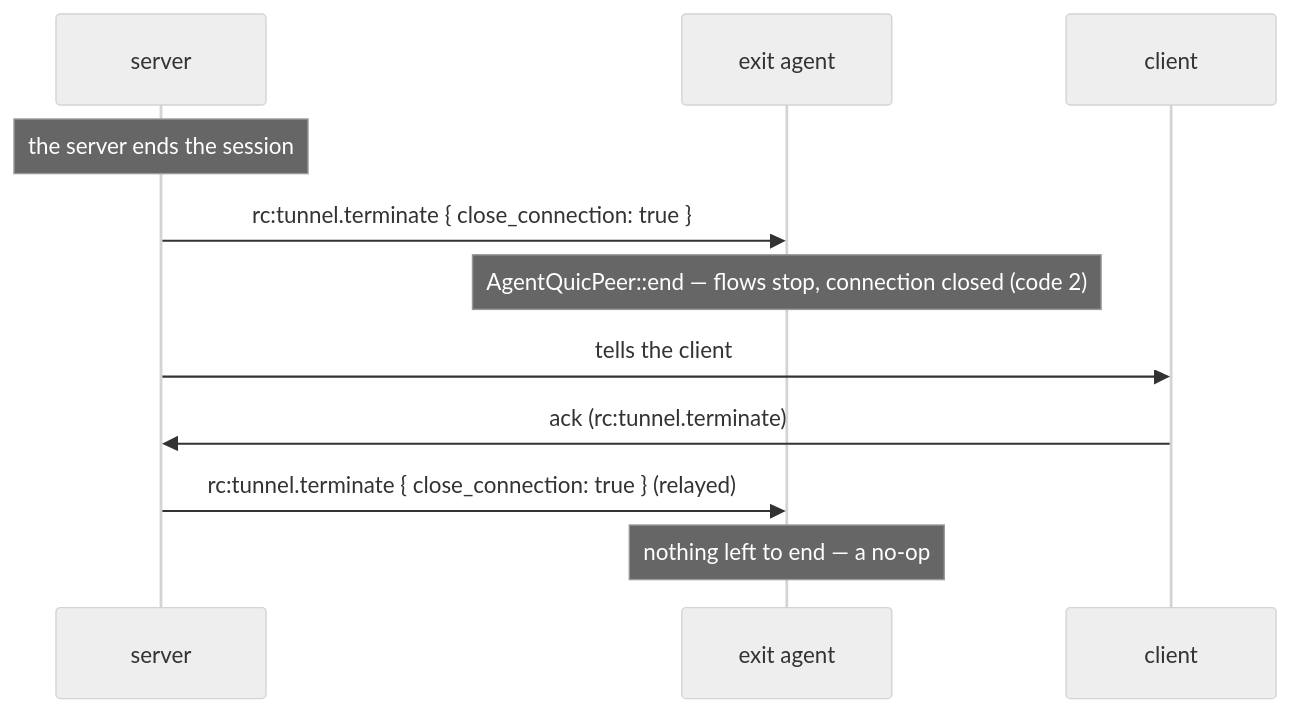
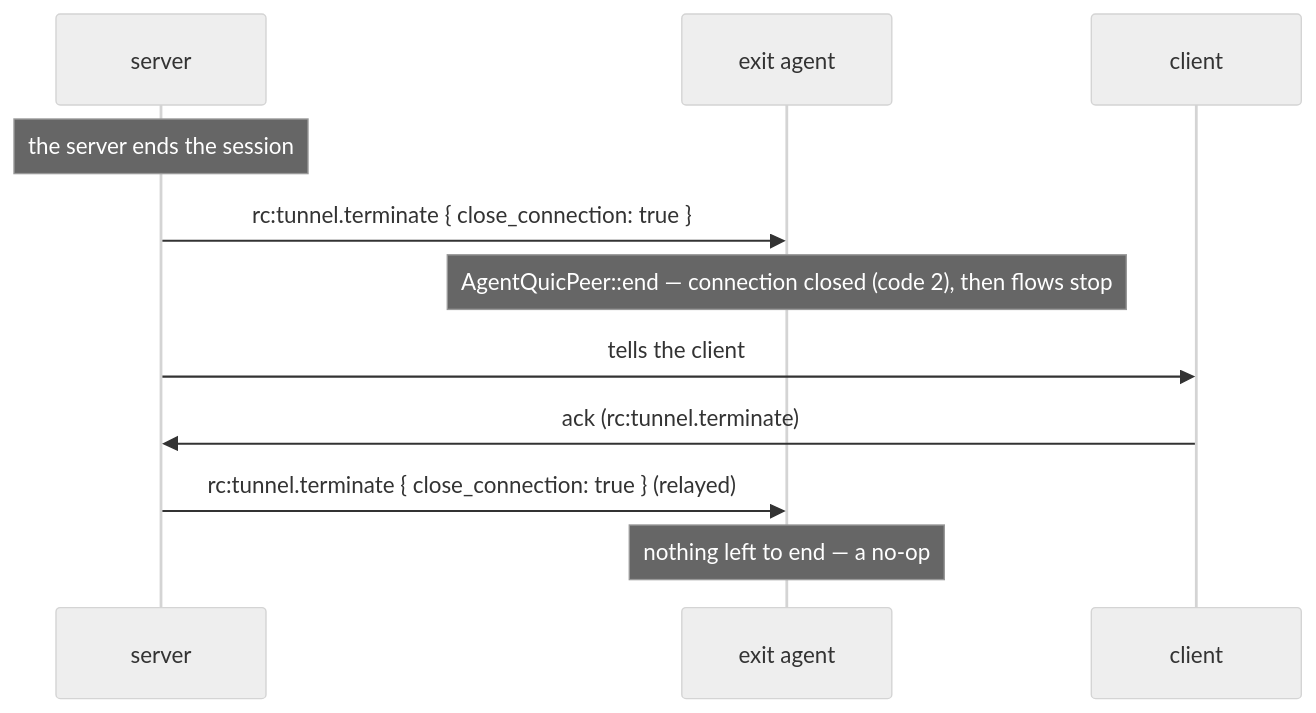
Before and after one commit to gjovanov/roomler-ai: diagram 11 of 17 in docs/tunnels.md, drawn with Mermaid (neutral theme). The commit also changed other lines of this file and 1 other file, not shown here.

First line of the commit message:
fix(tunnel): a session's end closes its QUIC connection before it stops the flows

````diff
--- a/docs/tunnels.md
+++ b/docs/tunnels.md
@@ -1064,14 +1064,14 @@
 ```mermaid
 sequenceDiagram
     participant S as server
     participant X as exit agent
     participant C as client
 
     Note over S: the server ends the session
     S->>X: rc:tunnel.terminate { close_connection: true }
-    Note over X: AgentQuicPeer::end — flows stop, connection closed (code 2)
+    Note over X: AgentQuicPeer::end — connection closed (code 2), then flows stop
     S->>C: tells the client
     C->>S: ack (rc:tunnel.terminate)
     S->>X: rc:tunnel.terminate { close_connection: true } (relayed)
     Note over X: nothing left to end — a no-op
 ```
````
